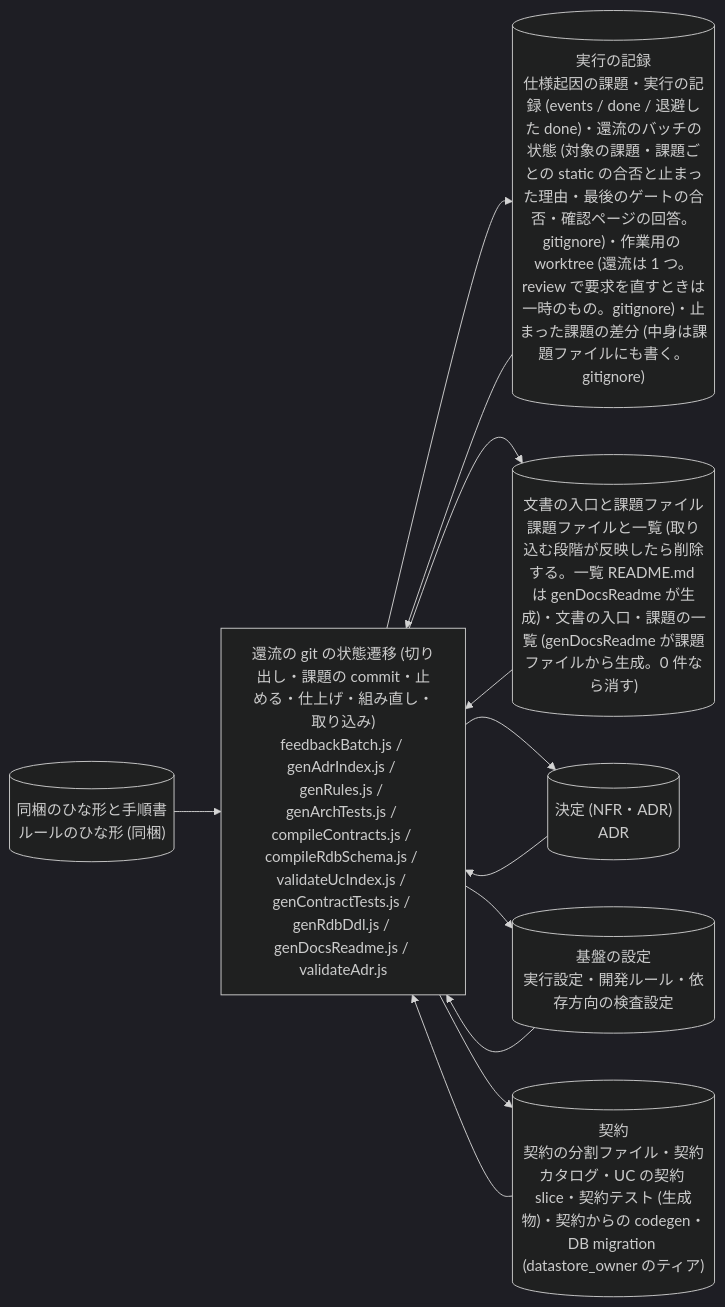
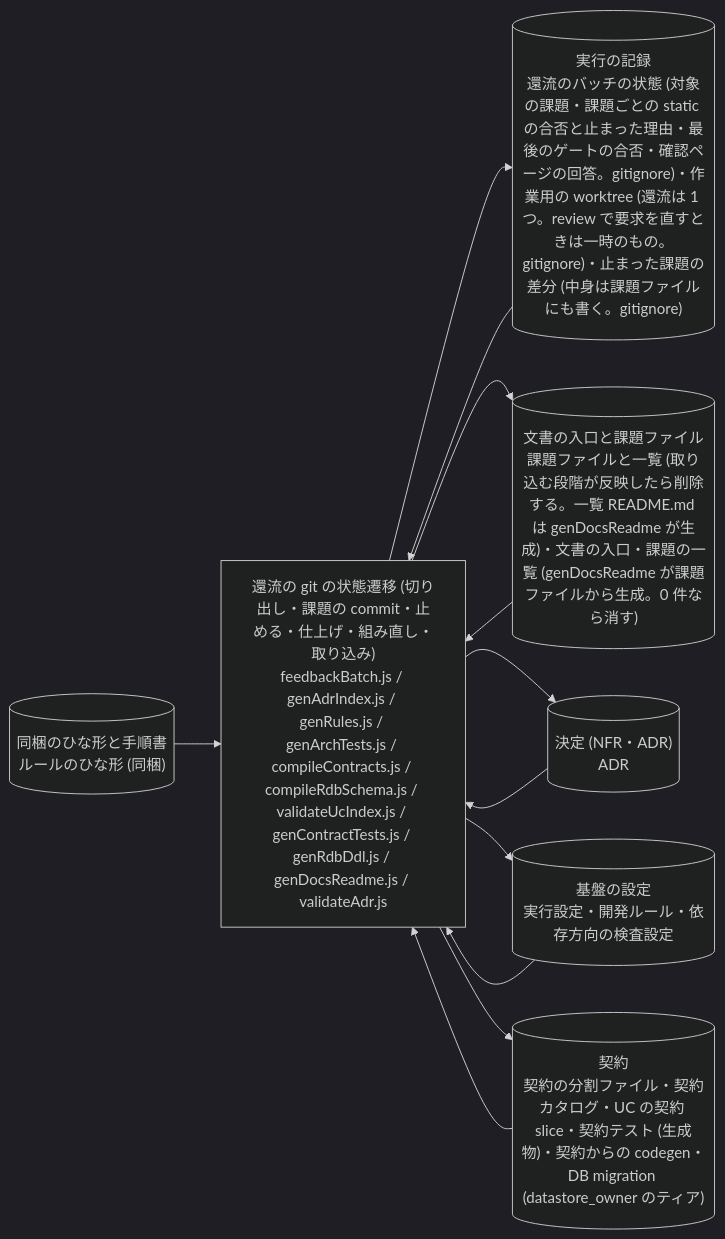
Diagram 29 of 47 in plugins/distillery2/skills/d2-common/references/dataflow.md (suwa-sh/suwa-sh-claude-plugins), drawn with Mermaid (dark theme) before and after one commit. The commit also changed other lines of this file and 17 other files, not shown here.

````diff
--- a/plugins/distillery2/skills/d2-common/references/dataflow.md
+++ b/plugins/distillery2/skills/d2-common/references/dataflow.md
@@ -708,21 +756,21 @@
 ```mermaid
 flowchart LR
   p_run_feedback_batch["還流の git の状態遷移 (切り出し・課題の commit・止める・仕上げ・組み直し・取り込み)<br/>feedbackBatch.js / genAdrIndex.js / genRules.js / genArchTests.js / compileContracts.js / compileRdbSchema.js / validateUcIndex.js / genContractTests.js / genRdbDdl.js / genDocsReadme.js / validateAdr.js"]
   g_docs[("文書の入口と課題ファイル<br/>課題ファイルと一覧 (取り込む段階が反映したら削除する。一覧 README.md は genDocsReadme が生成)・文書の入口・課題の一覧 (genDocsReadme が課題ファイルから生成。0 件なら消す)")]
-  g_run[("実行の記録<br/>仕様起因の課題・実行の記録 (events / done / 退避した done)・還流のバッチの状態 (対象の課題・課題ごとの static の合否と止まった理由・最後のゲートの合否・確認ページの回答。gitignore)・作業用の worktree (還流は 1 つ。review で要求を直すときは一時のもの。gitignore)・止まった課題の差分 (中身は課題ファイルにも書く。gitignore)")]
   g_decisions[("決定 (NFR・ADR)<br/>ADR")]
   g_packaged[("同梱のひな形と手順書<br/>ルールのひな形 (同梱)")]
   g_contracts[("契約<br/>契約の分割ファイル・契約カタログ・UC の契約 slice・契約テスト (生成物)・契約からの codegen・DB migration (datastore_owner のティア)")]
   g_settings[("基盤の設定<br/>実行設定・開発ルール・依存方向の検査設定")]
+  g_run[("実行の記録<br/>還流のバッチの状態 (対象の課題・課題ごとの static の合否と止まった理由・最後のゲートの合否・確認ページの回答。gitignore)・作業用の worktree (還流は 1 つ。review で要求を直すときは一時のもの。gitignore)・止まった課題の差分 (中身は課題ファイルにも書く。gitignore)")]
   g_docs --> p_run_feedback_batch
-  g_run --> p_run_feedback_batch
   g_decisions --> p_run_feedback_batch
   g_packaged --> p_run_feedback_batch
   g_contracts --> p_run_feedback_batch
   g_settings --> p_run_feedback_batch
+  g_run --> p_run_feedback_batch
   p_run_feedback_batch --> g_run
   p_run_feedback_batch --> g_docs
   p_run_feedback_batch --> g_decisions
   p_run_feedback_batch --> g_settings
   p_run_feedback_batch --> g_contracts
 ```
````
